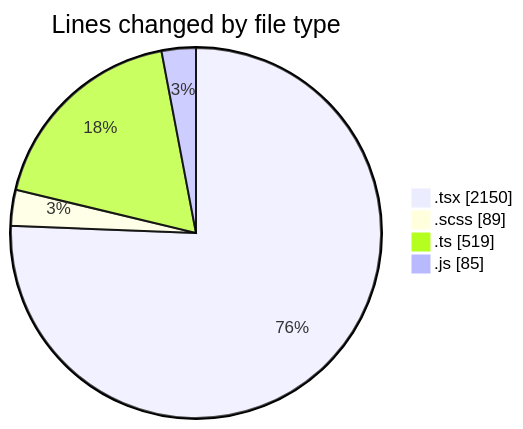
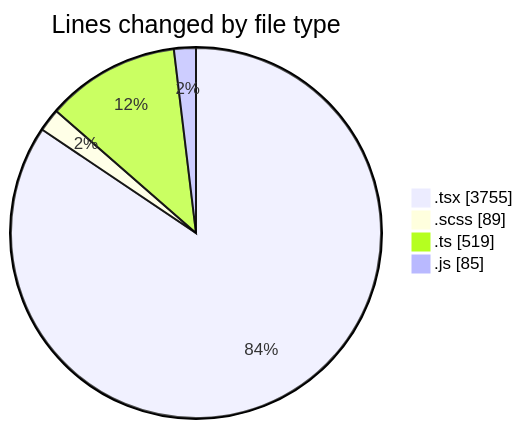
Before and after one commit to momahboobian/code-tracking: the first of 2 diagrams in 2025-06-17/cda/README.md, drawn with Mermaid. The commit also changed other lines of this file and 1 other file, not shown here.

````diff
--- a/2025-06-17/cda/README.md
+++ b/2025-06-17/cda/README.md
@@ -26,8 +29,8 @@
 ```mermaid
 pie showData
 title Lines changed by file type
-".tsx" : 2150
+".tsx" : 3755
 ".scss" : 89
 ".ts" : 519
 ".js" : 85
 ```
````
